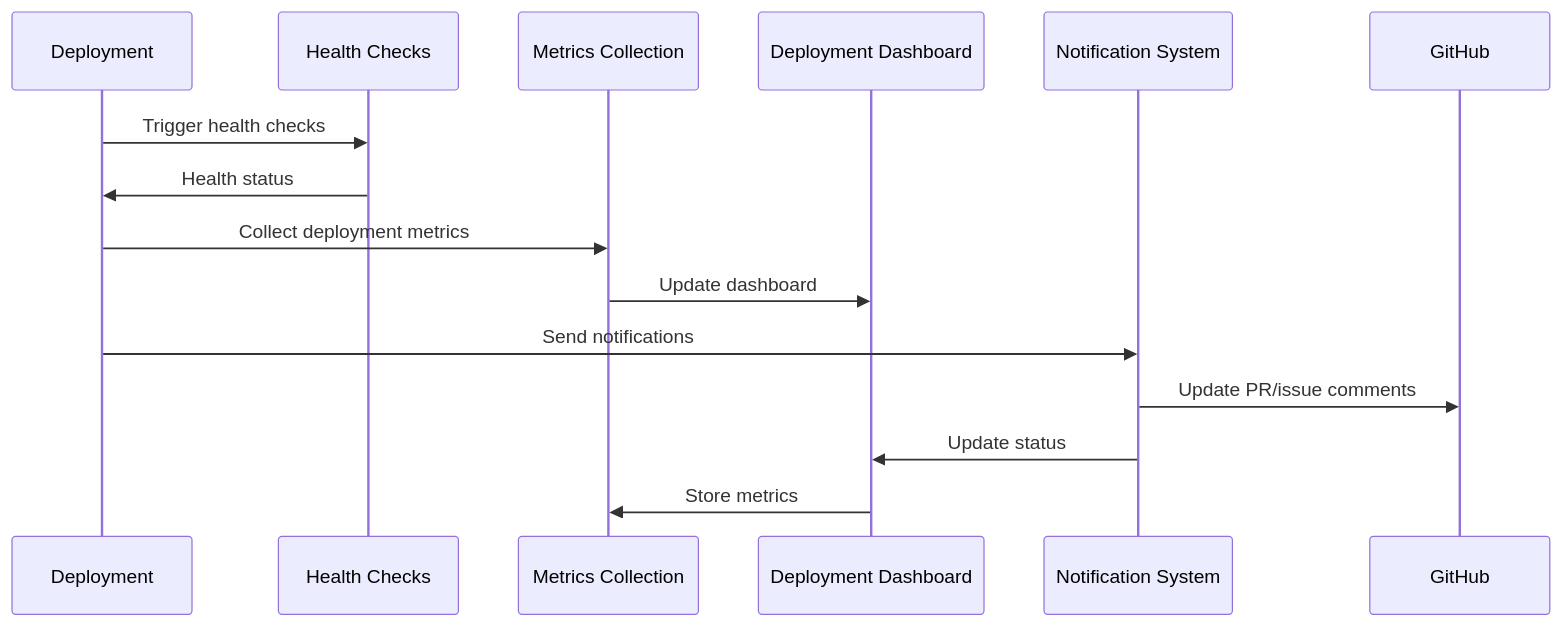
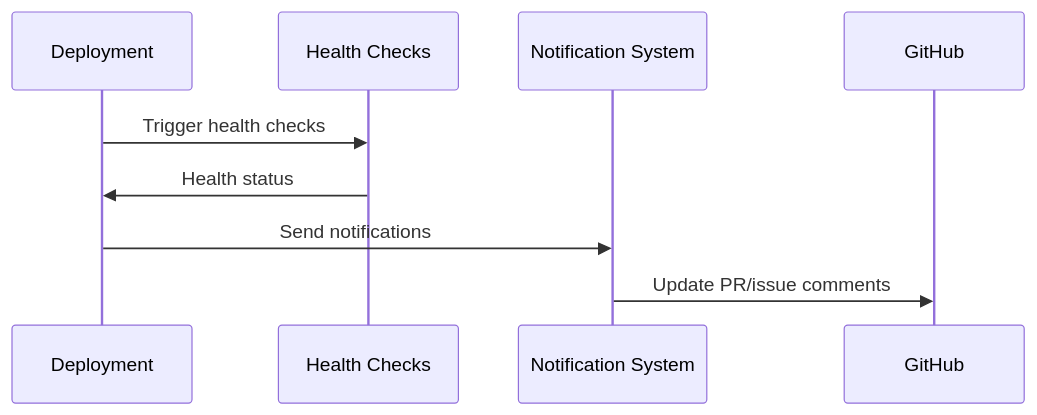
The seventh of 13 diagrams in docs/component-interaction-diagram.md (bxmty/dotca), drawn with Mermaid before and after one commit. The commit also changed other lines of this file and 10 other files, not shown here.

````diff
--- a/docs/component-interaction-diagram.md
+++ b/docs/component-interaction-diagram.md
@@ -248,18 +242,12 @@
 ```mermaid
 sequenceDiagram
     participant Deploy as Deployment
     participant Health as Health Checks
-    participant Metrics as Metrics Collection
-    participant Dashboard as Deployment Dashboard
     participant Notify as Notification System
     participant GitHub as GitHub
 
     Deploy->>Health: Trigger health checks
     Health->>Deploy: Health status
-    Deploy->>Metrics: Collect deployment metrics
-    Metrics->>Dashboard: Update dashboard
     Deploy->>Notify: Send notifications
     Notify->>GitHub: Update PR/issue comments
-    Notify->>Dashboard: Update status
-    Dashboard->>Metrics: Store metrics
 ```
````
